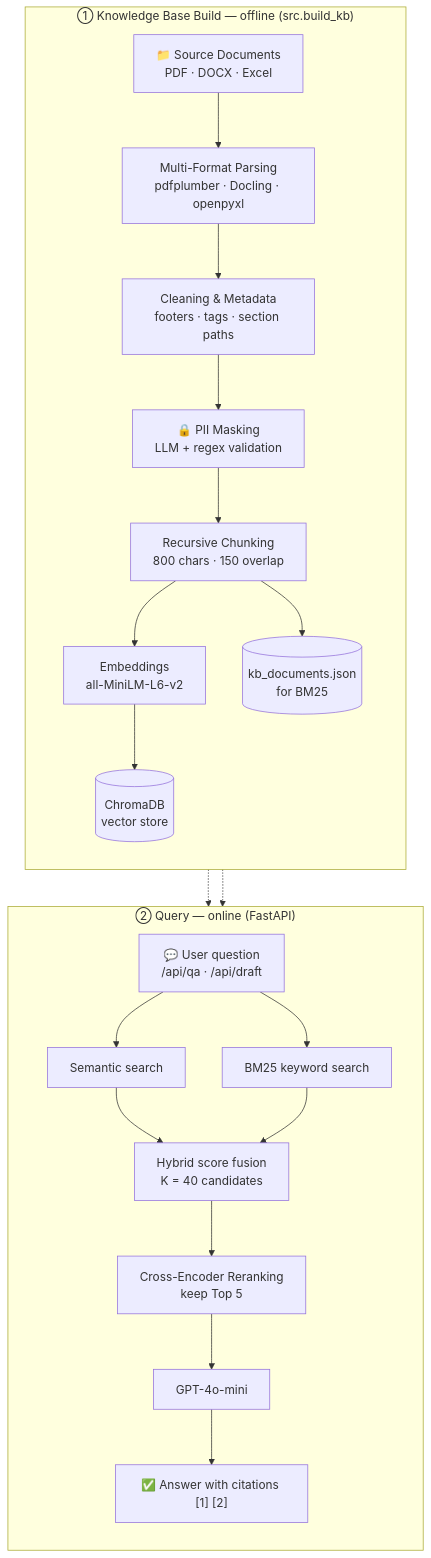
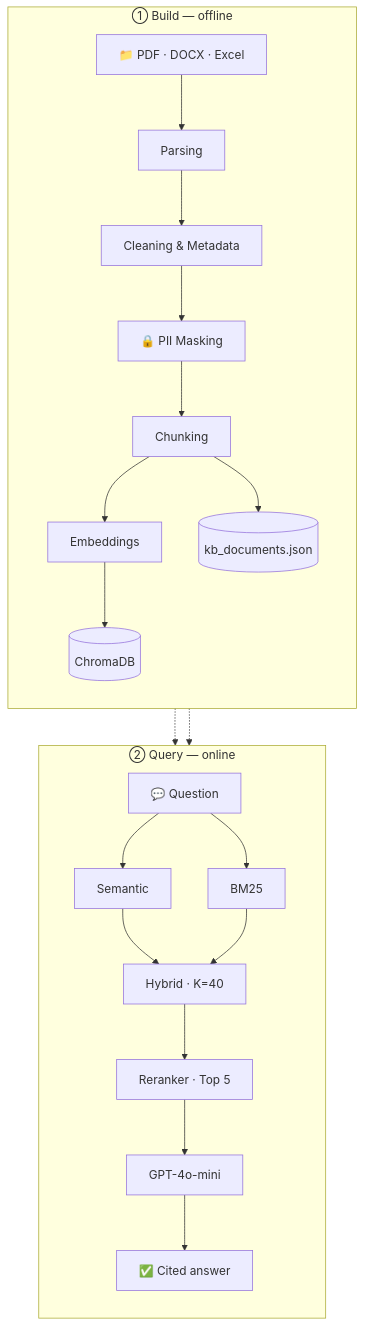
The diagram in README.MD (RahafAlrehaili/ProofSync), drawn with Mermaid before and after one commit.

Commit message:
README: shorten architecture diagram labels
Shorter node labels so the vertical diagram takes less space.

````diff
--- a/README.MD
+++ b/README.MD
@@ -31,35 +31,20 @@
 ```mermaid
 flowchart TB
-    subgraph ING["① Knowledge Base Build — offline (src.build_kb)"]
+    subgraph ING["① Build — offline"]
         direction TB
-        SRC["📁 Source Documents<br/>PDF · DOCX · Excel"]
-        PARSE["Multi-Format Parsing<br/>pdfplumber · Docling · openpyxl"]
-        CLEAN["Cleaning & Metadata<br/>footers · tags · section paths"]
-        MASK["🔒 PII Masking<br/>LLM + regex validation"]
-        CHUNK["Recursive Chunking<br/>800 chars · 150 overlap"]
-        EMB["Embeddings<br/>all-MiniLM-L6-v2"]
-        DB[("ChromaDB<br/>vector store")]
-        JSON[("kb_documents.json<br/>for BM25")]
-
-        SRC --> PARSE --> CLEAN --> MASK --> CHUNK
-        CHUNK --> EMB --> DB
-        CHUNK --> JSON
+        SRC["📁 PDF · DOCX · Excel"] --> PARSE["Parsing"] --> CLEAN["Cleaning & Metadata"]
+        CLEAN --> MASK["🔒 PII Masking"] --> CHUNK["Chunking"]
+        CHUNK --> EMB["Embeddings"] --> DB[("ChromaDB")]
+        CHUNK --> JSON[("kb_documents.json")]
     end
 
-    subgraph QRY["② Query — online (FastAPI)"]
+    subgraph QRY["② Query — online"]
         direction TB
-        Q["💬 User question<br/>/api/qa · /api/draft"]
-        SEM["Semantic search"]
-        BM["BM25 keyword search"]
-        HYB["Hybrid score fusion<br/>K = 40 candidates"]
-        RR["Cross-Encoder Reranking<br/>keep Top 5"]
-        LLM["GPT-4o-mini"]
-        ANS["✅ Answer with citations [1] [2]"]
-
-        Q --> SEM & BM
-        SEM & BM --> HYB --> RR --> LLM --> ANS
+        Q["💬 Question"] --> SEM["Semantic"] & BM["BM25"]
+        SEM & BM --> HYB["Hybrid · K=40"] --> RR["Reranker · Top 5"]
+        RR --> LLM["GPT-4o-mini"] --> ANS["✅ Cited answer"]
     end
 
     DB -.-> SEM
     JSON -.-> BM
 ```
````
